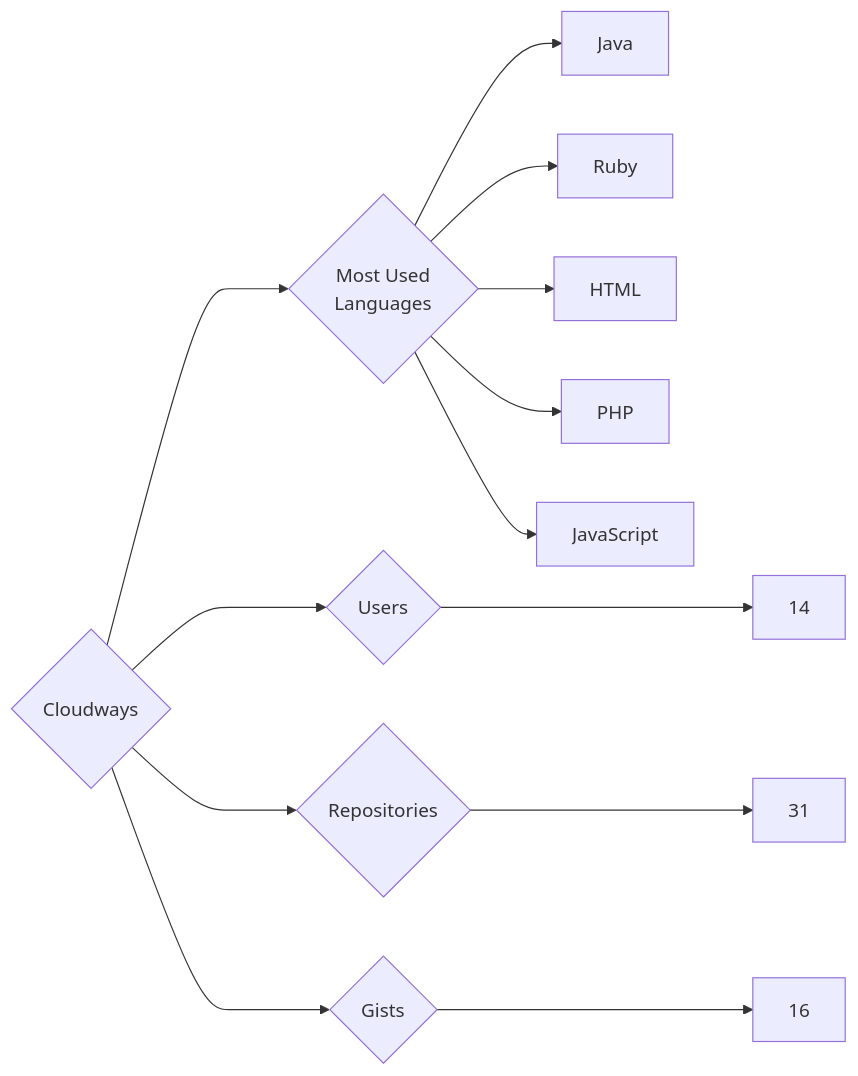
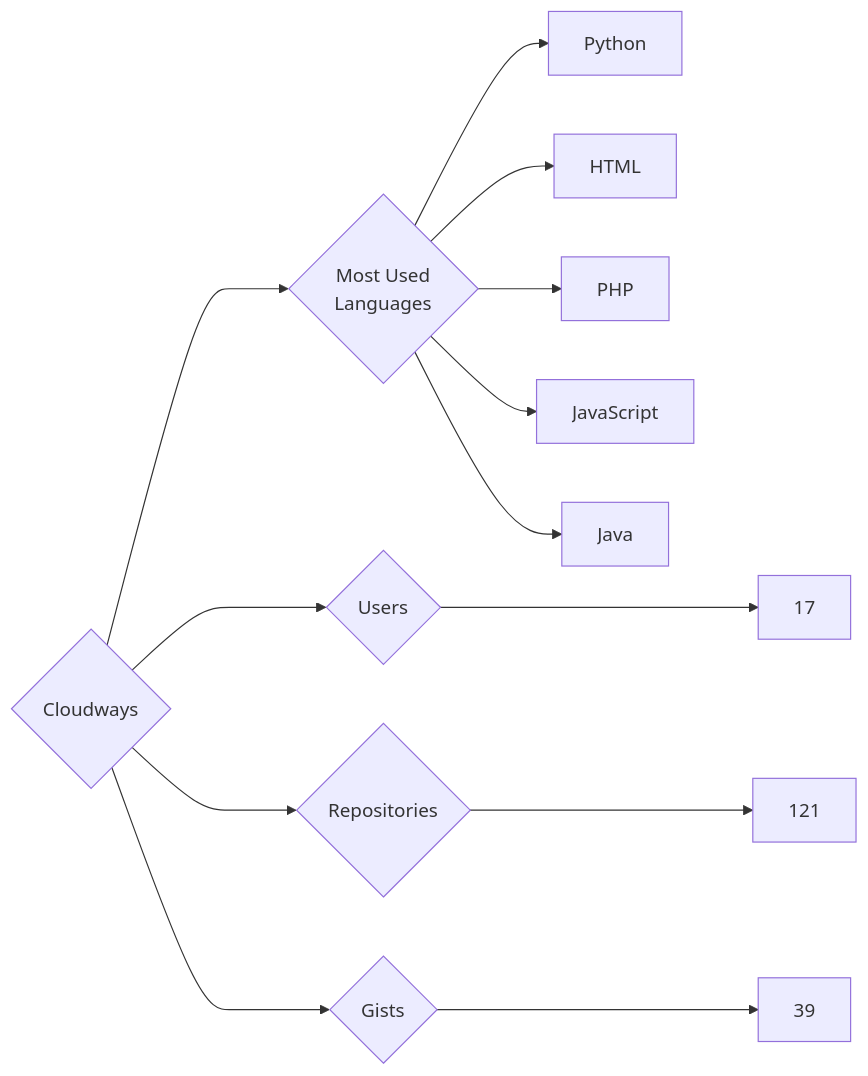
The diagram in targets/Cloudways/README.md (trickest/insiders), drawn with Mermaid before and after one commit. The commit also changed 1314 other files, not shown here.

````diff
--- a/targets/Cloudways/README.md
+++ b/targets/Cloudways/README.md
@@ -3,13 +3,13 @@
 ```mermaid
 graph LR
 COMPANY_NAME{Cloudways}
-COMPANY_NAME ---> U{Users} ---> UN[14]
-COMPANY_NAME ---> R{Repositories} ---> RN[31]
-COMPANY_NAME ---> G{Gists} ---> GN[16]
+COMPANY_NAME ---> U{Users} ---> UN[17]
+COMPANY_NAME ---> R{Repositories} ---> RN[121]
+COMPANY_NAME ---> G{Gists} ---> GN[39]
 COMPANY_NAME ---> ML{Most Used<br>Languages}
-ML --> Java[Java]
-ML --> Ruby[Ruby]
+ML --> Python[Python]
 ML --> HTML[HTML]
 ML --> PHP[PHP]
 ML --> JavaScript[JavaScript]
+ML --> Java[Java]
 ```
````
